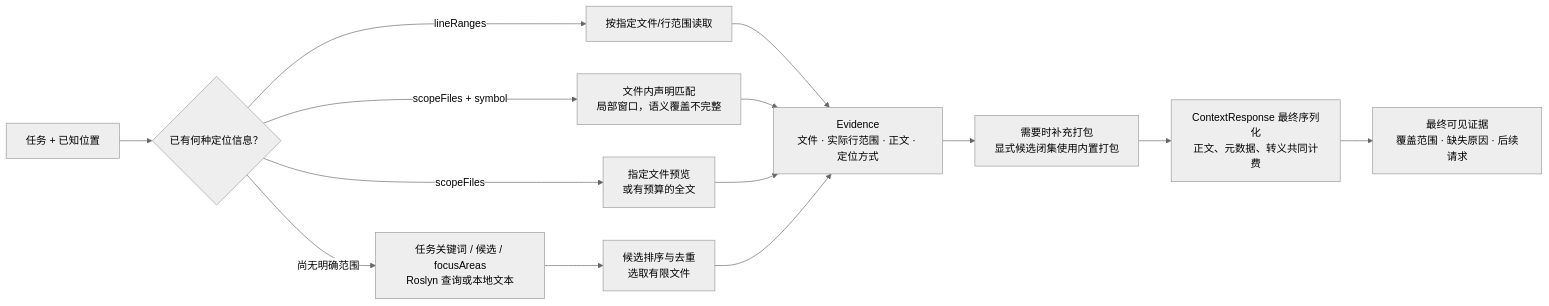
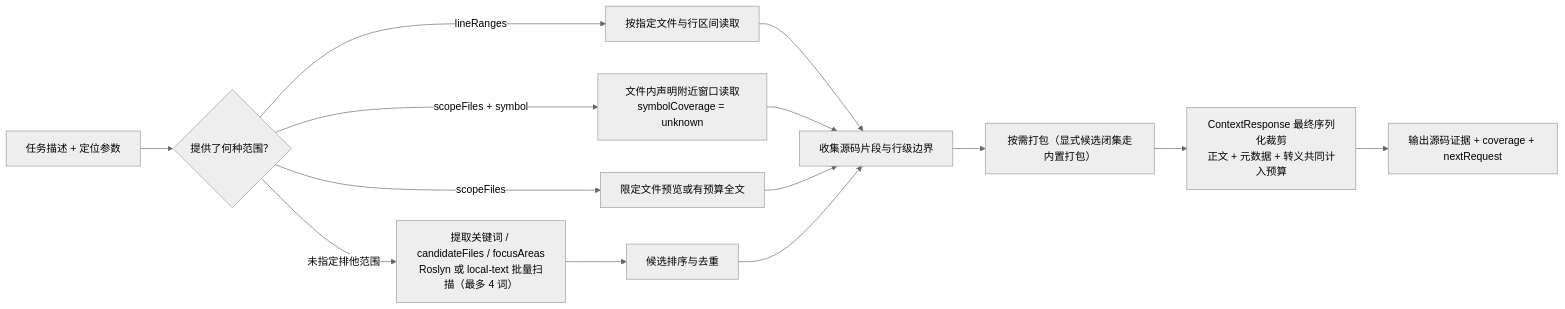
One commit to linnnn89/WinCode changed the third of 4 diagrams in WinCode-架构与数据流说明.md. Above: the diagram before and after it, drawn with Mermaid (neutral theme). The commit also changed other lines of this file and 13 other files, not shown here.

````diff
--- a/WinCode-架构与数据流说明.md
+++ b/WinCode-架构与数据流说明.md
@@ -118,16 +98,16 @@
 ```mermaid
 flowchart LR
-  Input["任务 + 已知位置"] --> Route{"已有何种定位信息？"}
-  Route -->|"lineRanges"| Lines["按指定文件/行范围读取"]
-  Route -->|"scopeFiles + symbol"| Local["文件内声明匹配\n局部窗口，语义覆盖不完整"]
-  Route -->|"scopeFiles"| Files["指定文件预览\n或有预算的全文"]
-  Route -->|"尚无明确范围"| Discover["任务关键词 / 候选 / focusAreas\nRoslyn 查询或本地文本"]
-  Discover --> Select["候选排序与去重\n选取有限文件"]
-  Lines --> Evidence["Evidence\n文件 · 实际行范围 · 正文 · 定位方式"]
+  Input["任务描述 + 定位参数"] --> Route{"提供了何种范围？"}
+  Route -->|"lineRanges"| Lines["按指定文件与行区间读取"]
+  Route -->|"scopeFiles + symbol"| Local["文件内声明附近窗口读取\nsymbolCoverage = unknown"]
+  Route -->|"scopeFiles"| Files["限定文件预览或有预算全文"]
+  Route -->|"未指定排他范围"| Discover["提取关键词 / candidateFiles / focusAreas\nRoslyn 或 local-text 批量扫描（最多 4 词）"]
+  Discover --> Select["候选排序与去重"]
+  Lines --> Evidence["收集源码片段与行级边界"]
   Local --> Evidence
   Files --> Evidence
   Select --> Evidence
-  Evidence --> Pack["需要时补充打包\n显式候选闭集使用内置打包"]
-  Pack --> Budget["ContextResponse 最终序列化\n正文、元数据、转义共同计费"]
-  Budget --> Result["最终可见证据\n覆盖范围 · 缺失原因 · 后续请求"]
+  Evidence --> Pack["按需打包（显式候选闭集走内置打包）"]
+  Pack --> Budget["ContextResponse 最终序列化裁剪\n正文 + 元数据 + 转义共同计入预算"]
+  Budget --> Result["输出源码证据 + coverage + nextRequest"]
 ```
````
